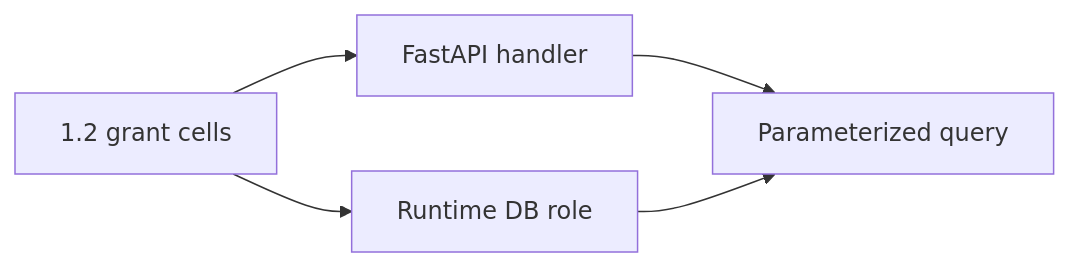
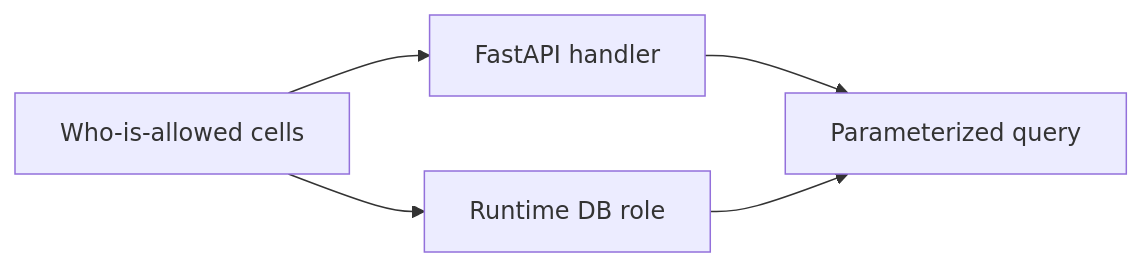
The second of 2 diagrams in content/modules/3/3.3/lessons/02-model.md (ishitvagoel/LearnSecurity), drawn with Mermaid before and after one commit. The commit also changed other lines of this file and 31 other files, not shown here.

````diff
--- a/content/modules/3/3.3/lessons/02-model.md
+++ b/content/modules/3/3.3/lessons/02-model.md
@@ -27,7 +26,7 @@
 ```mermaid
 flowchart LR
-  Policy["1.2 grant cells"] --> Handler[FastAPI handler]
+  Policy["Who-is-allowed cells"] --> Handler[FastAPI handler]
   Policy --> DbRole["Runtime DB role"]
   Handler --> Query[Parameterized query]
   DbRole --> Query
 ```
````
